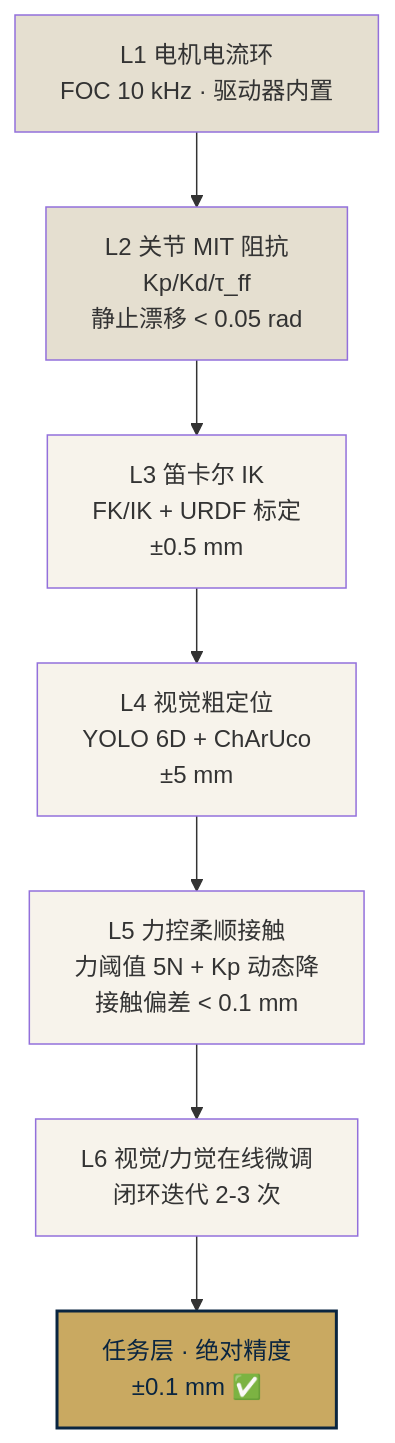
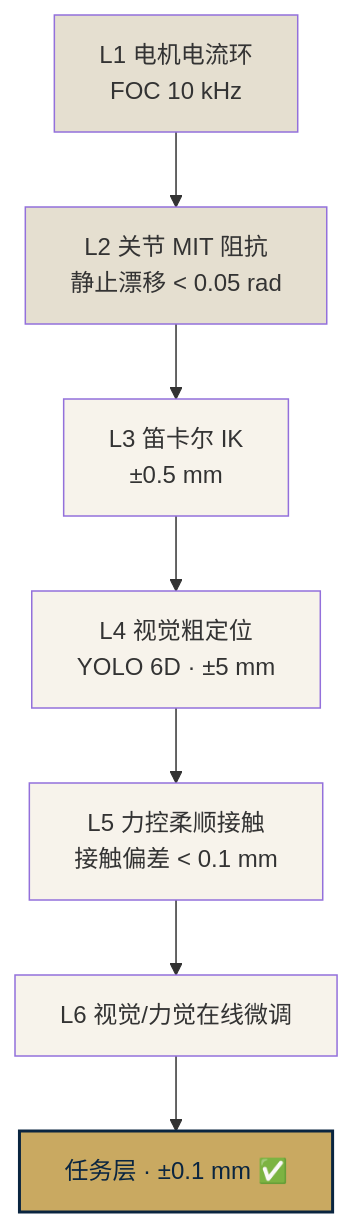
The seventh of 7 diagrams in dev/openarm-control-architecture/doc.md (shuyx/xc-robot2lab), drawn with Mermaid before and after one commit. The commit also changed other lines of this file and 105 other files, not shown here.

````diff
--- a/dev/openarm-control-architecture/doc.md
+++ b/dev/openarm-control-architecture/doc.md
@@ -325,21 +327,21 @@
 ```mermaid
 graph TD
-    L1[L1 电机电流环<br/>FOC 10 kHz · 驱动器内置]
-    L2[L2 关节 MIT 阻抗<br/>Kp/Kd/τ_ff<br/>静止漂移 &lt; 0.05 rad]
-    L3[L3 笛卡尔 IK<br/>FK/IK + URDF 标定<br/>±0.5 mm]
-    L4[L4 视觉粗定位<br/>YOLO 6D + ChArUco<br/>±5 mm]
-    L5[L5 力控柔顺接触<br/>力阈值 5N + Kp 动态降<br/>接触偏差 &lt; 0.1 mm]
-    L6[L6 视觉/力觉在线微调<br/>闭环迭代 2-3 次]
-    Task[任务层 · 绝对精度<br/>±0.1 mm ✅]
+    L1["L1 电机电流环<br/>FOC 10 kHz"]
+    L2["L2 关节 MIT 阻抗<br/>静止漂移 &lt; 0.05 rad"]
+    L3["L3 笛卡尔 IK<br/>±0.5 mm"]
+    L4["L4 视觉粗定位<br/>YOLO 6D · ±5 mm"]
+    L5["L5 力控柔顺接触<br/>接触偏差 &lt; 0.1 mm"]
+    L6["L6 视觉/力觉在线微调"]
+    Task["任务层 · ±0.1 mm ✅"]
 
     L1 --> L2 --> L3
     L3 --> L4 --> L5 --> L6 --> Task
 
     style L1 fill:#E5DFD0
     style L2 fill:#E5DFD0
     style L3 fill:#F7F3EB
     style L4 fill:#F7F3EB
     style L5 fill:#F7F3EB
     style L6 fill:#F7F3EB
     style Task fill:#C9A961,color:#0A2540,stroke:#0A2540,stroke-width:2px
 ```
````
